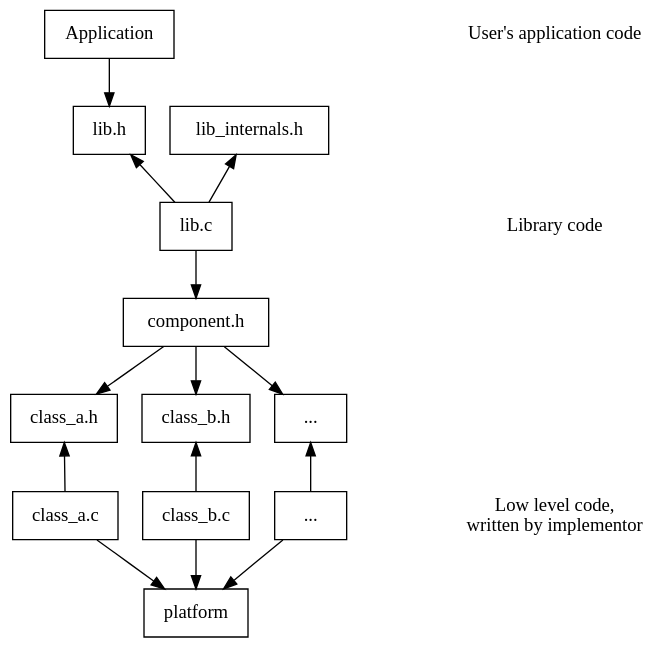
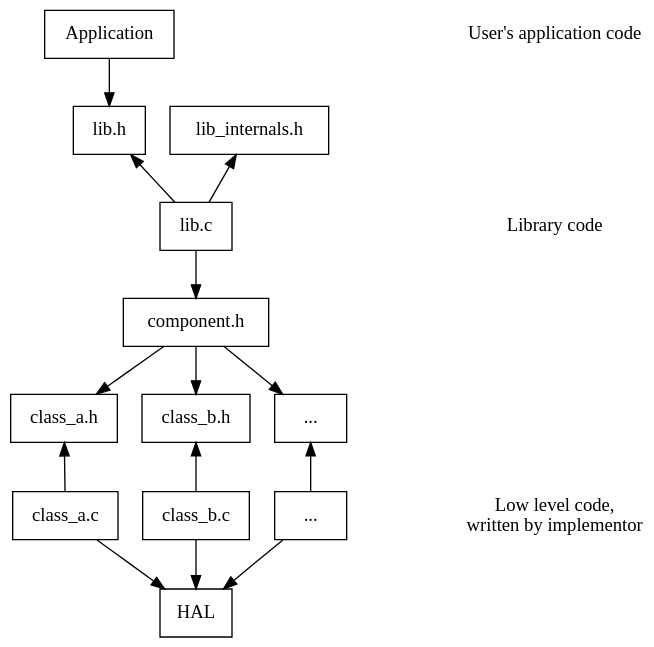
The diagram in design_principles/dependency.dot (drbartling/presentations), drawn with Graphviz before and after one commit. The commit also changed 20 other files, not shown here.

```diff
--- a/design_principles/dependency.dot
+++ b/design_principles/dependency.dot
@@ -1,51 +1,51 @@
 digraph G {
     bgcolor = transparent;
     overlap = false;
     splines = true;
 
     node [shape=box];
 
     app      [ label="Application"];
     sep_h    [ label="lib.h"];
     sep_i_h  [ label="lib_internals.h"];
     sep_c    [ label="lib.c"];
     met_h    [ label="component.h"];
     tcp_h    [ label="class_a.h"];
     cpu_h    [ label="class_b.h"];
     other_h  [ label="..."];
     tcp_c    [ label="class_a.c"];
     cpu_c    [ label="class_b.c"];
     other_c  [ label="..."];
-    platform [ label="platform"];
+    hal      [ label="HAL"];
 
     app     -> sep_h;
     sep_c   -> sep_h;
     sep_c   -> sep_i_h;
     sep_c   -> met_h;
     met_h   -> {tcp_h cpu_h other_h};
     tcp_c   -> tcp_h;
     cpu_c   -> cpu_h;
     other_c -> other_h;
-    {tcp_c cpu_c other_c} -> platform;
+    {tcp_c cpu_c other_c} -> hal;
 
     {
         node [shape=none, label="", width=0, fixedsize=true];
         a -> b -> c -> d -> e -> f -> g [style=invis];
     }
 
     {
         node [shape=none];
         user -> module -> low_level [style=invis];
         user      [label="User's application code"];
         module    [label="Library code"];
         low_level [label="Low level code,&#92;nwritten by implementor"];
     }
 
     {rank = source; a; app; user;}
     {rank = same;   b; sep_h; sep_i_h;}
     {rank = same;   c; sep_c;}
     {rank = same;   d; met_h}
     {rank = same;   e; tcp_h; cpu_h; other_h;}
     {rank = same;   f; tcp_c; cpu_c; other_c; low_level;}
-    {rank = sink;   g; platform;}
+    {rank = sink;   g; hal;}
 }
```
